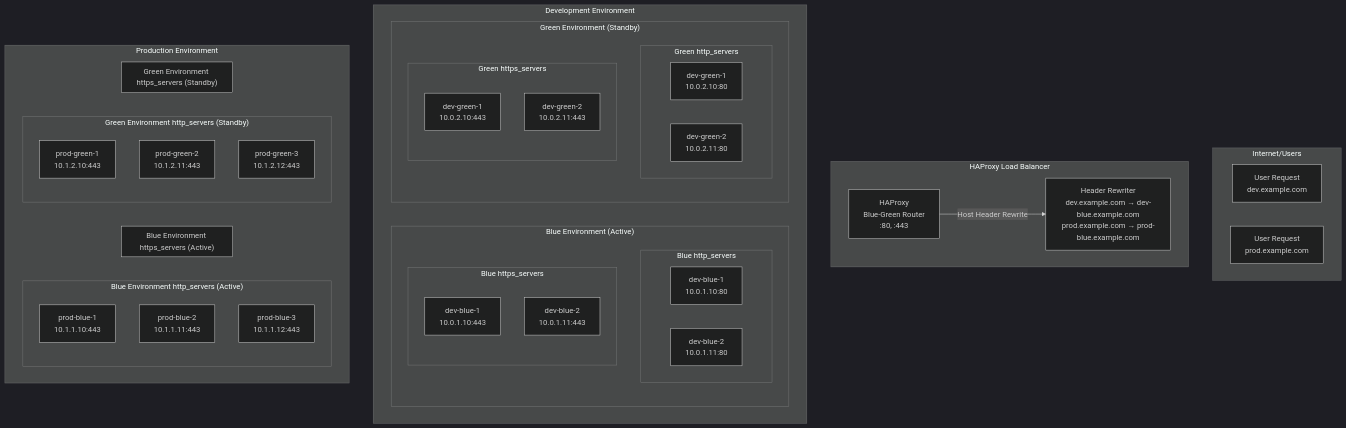
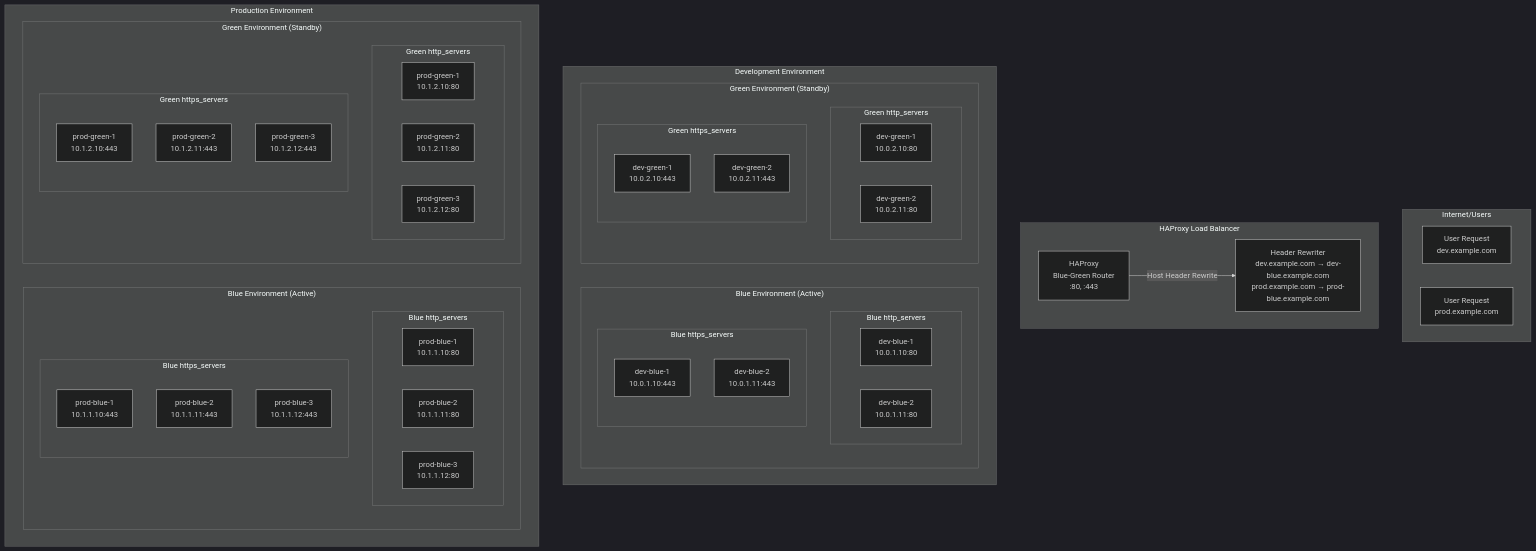
One commit to cadjai/ocp4-cluster-workload-migration changed the diagram in HAPROXY-BLUE-GREEN-README.md. Above: the diagram before and after it, drawn with Mermaid (dark theme).

Commit message:
edit diagram

````diff
--- a/HAPROXY-BLUE-GREEN-README.md
+++ b/HAPROXY-BLUE-GREEN-README.md
@@ -26,61 +26,65 @@
 ```mermaid
 graph TB
     subgraph "Internet/Users"
         U1[User Request<br/>dev.example.com]
         U2[User Request<br/>prod.example.com]
     end
     
     subgraph "HAProxy Load Balancer"
         H[HAProxy<br/>Blue-Green Router<br/>:80, :443]
         H --> |"Host Header Rewrite"| HR[Header Rewriter<br/>dev.example.com → dev-blue.example.com<br/>prod.example.com → prod-blue.example.com]
     end
     
     subgraph "Development Environment"
         subgraph "Blue Environment (Active)"
             subgraph "Blue http_servers"
                 DB1[dev-blue-1<br/>10.0.1.10:80]
                 DB2[dev-blue-2<br/>10.0.1.11:80]
             end
             subgraph "Blue https_servers"
                 DB3[dev-blue-1<br/>10.0.1.10:443]
                 DB4[dev-blue-2<br/>10.0.1.11:443]
             end
         end
         subgraph "Green Environment (Standby)"
             subgraph "Green http_servers"
                 DG1[dev-green-1<br/>10.0.2.10:80]
                 DG2[dev-green-2<br/>10.0.2.11:80]
             end
             subgraph "Green https_servers"
                 DG3[dev-green-1<br/>10.0.2.10:443]
                 DG4[dev-green-2<br/>10.0.2.11:443]
             end
         end
     end
     
     subgraph "Production Environment"
-        subgraph "Blue Environment http_servers (Active)"
-            PB1[prod-blue-1<br/>10.1.1.10:80]
-            PB2[prod-blue-2<br/>10.1.1.11:80]
-            PB3[prod-blue-3<br/>10.1.1.12:80]
+        subgraph "Blue Environment (Active)"
+            subgraph "Blue http_servers"
+                PB1[prod-blue-1<br/>10.1.1.10:80]
+                PB2[prod-blue-2<br/>10.1.1.11:80]
+                PB3[prod-blue-3<br/>10.1.1.12:80]
+            end
+            
+            subgraph "Blue https_servers"
+                PB4[prod-blue-1<br/>10.1.1.10:443]
+                PB5[prod-blue-2<br/>10.1.1.11:443]
+                PB6[prod-blue-3<br/>10.1.1.12:443]
+            end
         end
         
-        subgraph "Blue Environment https_servers (Active)"
-            PB1[prod-blue-1<br/>10.1.1.10:443]
-            PB2[prod-blue-2<br/>10.1.1.11:443]
-            PB3[prod-blue-3<br/>10.1.1.12:443]
-        end
-        
-        subgraph "Green Environment http_servers (Standby)"
-            PG1[prod-green-1<br/>10.1.2.10:80]
-            PG2[prod-green-2<br/>10.1.2.11:80]
-            PG3[prod-green-3<br/>10.1.2.12:80]
-        end
-        
-        subgraph "Green Environment https_servers (Standby)"
-            PG1[prod-green-1<br/>10.1.2.10:443]
-            PG2[prod-green-2<br/>10.1.2.11:443]
-            PG3[prod-green-3<br/>10.1.2.12:443]
+        subgraph "Green Environment (Standby)"
+            subgraph "Green http_servers"
+                PG1[prod-green-1<br/>10.1.2.10:80]
+                PG2[prod-green-2<br/>10.1.2.11:80]
+                PG3[prod-green-3<br/>10.1.2.12:80]
+            end
+            
+            subgraph "Green https_servers"
+                PG4[prod-green-1<br/>10.1.2.10:443]
+                PG5[prod-green-2<br/>10.1.2.11:443]
+                PG6[prod-green-3<br/>10.1.2.12:443]
+            end
         end
     end
 ```
````
